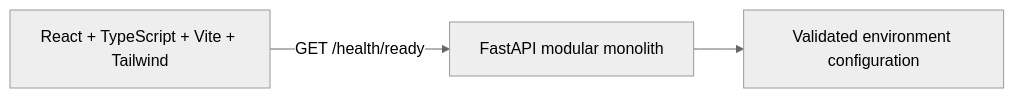
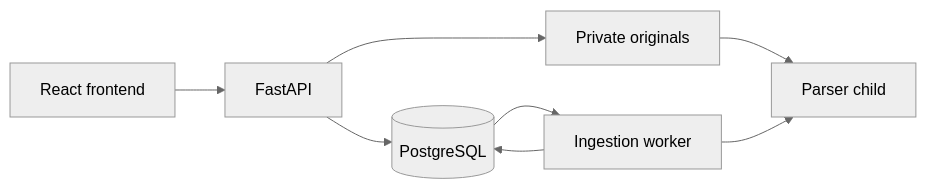
Before and after one commit to 24f2003970/Gov_Policy_Agent: the diagram in docs/ARCHITECTURE.md, drawn with Mermaid (neutral theme). The commit also changed other lines of this file and 16 other files, not shown here.

````diff
--- a/docs/ARCHITECTURE.md
+++ b/docs/ARCHITECTURE.md
@@ -5,5 +5,10 @@
 ```mermaid
 flowchart LR
-  UI[React + TypeScript + Vite + Tailwind] -->|GET /health/ready| API[FastAPI modular monolith]
-  API --> CONFIG[Validated environment configuration]
+  UI[React frontend] --> API[FastAPI]
+  API --> DB[(PostgreSQL)]
+  API --> FILES[Private originals]
+  DB --> WORKER[Ingestion worker]
+  FILES --> PARSER[Parser child]
+  WORKER --> PARSER
+  WORKER --> DB
 ```
````
